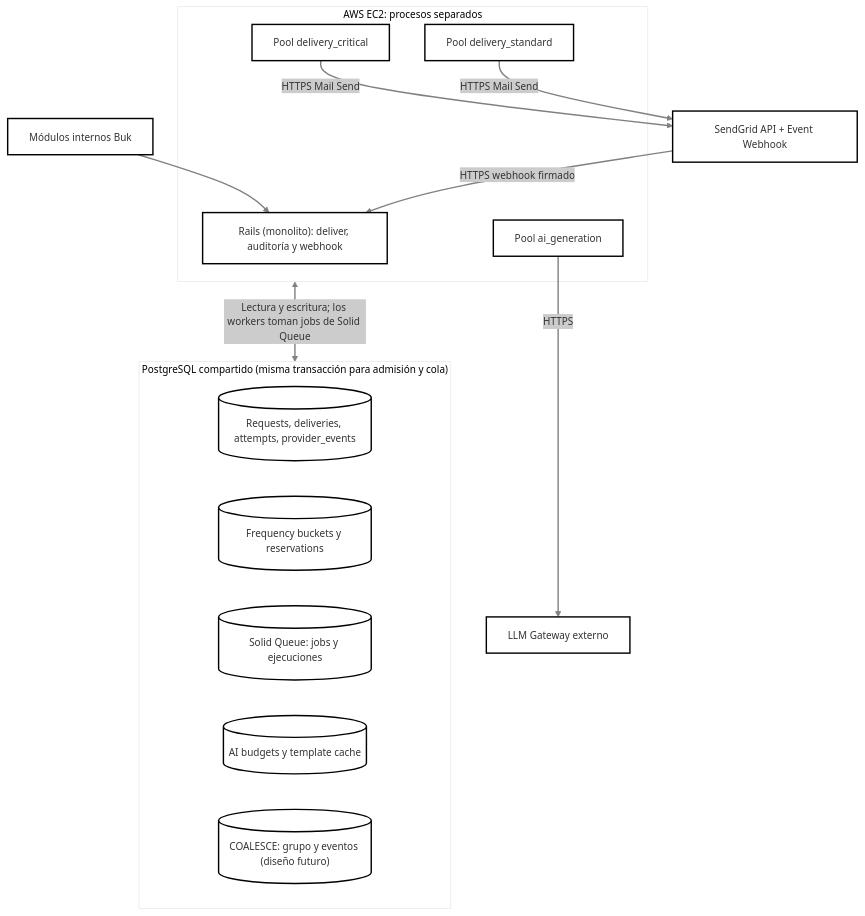
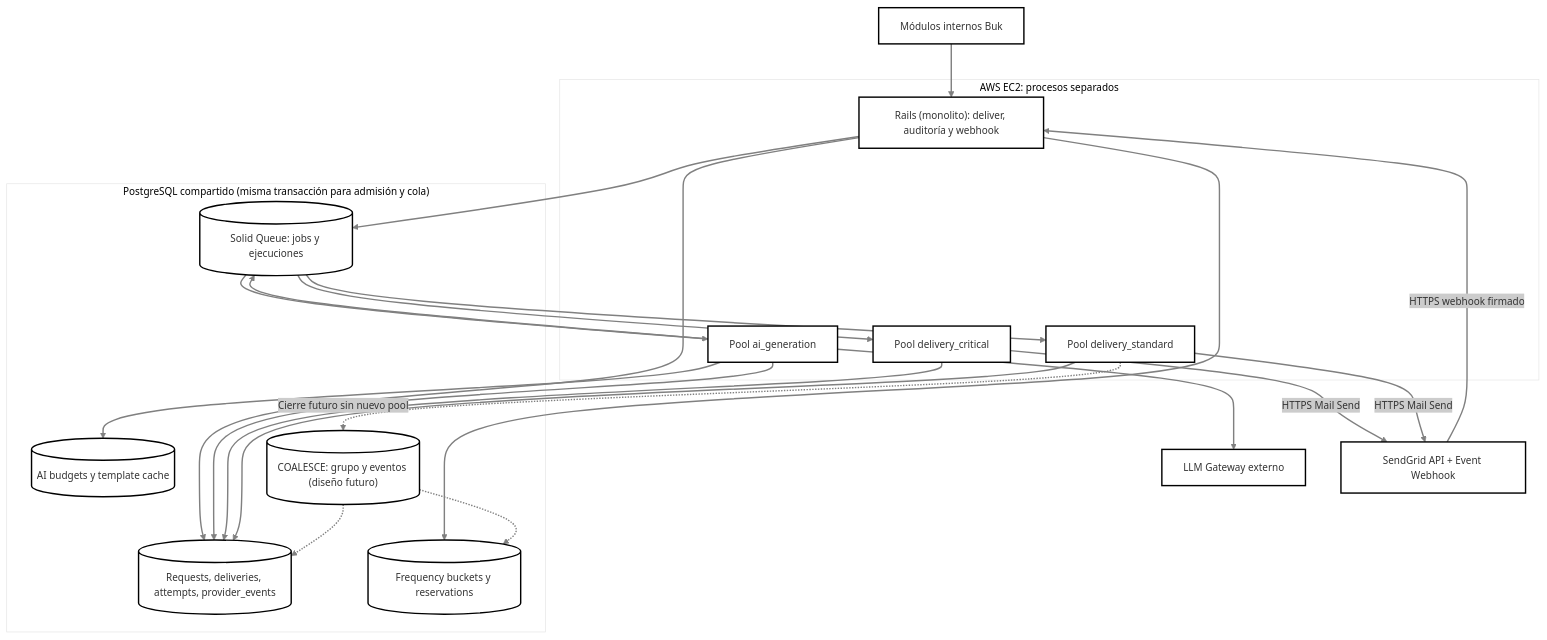
One commit to natha9404/codespaces-rails changed the diagram in app/assets/images/infraestructura.mmd. Above: the diagram before and after it, drawn with Mermaid.

Commit message:
Restaurar el detalle de flechas del diagrama 2.c
Se recuperan las conexiones originales entre Rails, workers y tablas,
conservando las etiquetas nuevas (monolito y misma transacción).

Claude-Session: https://claude.ai/code/session_01EN15Zt4eD2KFyRUn3HFGET

```diff
--- a/app/assets/images/infraestructura.mmd
+++ b/app/assets/images/infraestructura.mmd
@@ -1,29 +1,42 @@
 ---
 config:
   theme: neo
 ---
 flowchart TB
   Modules["Módulos internos Buk"]
   subgraph EC2["AWS EC2: procesos separados"]
     Web["Rails (monolito): deliver, auditoría y webhook"]
     AI["Pool ai_generation"]
     Critical["Pool delivery_critical"]
     Standard["Pool delivery_standard"]
   end
   subgraph PG["PostgreSQL compartido (misma transacción para admisión y cola)"]
     Business[("Requests, deliveries, attempts, provider_events")]
     Freq[("Frequency buckets y reservations")]
     SQ[("Solid Queue: jobs y ejecuciones")]
     AIData[("AI budgets y template cache")]
     Future[("COALESCE: grupo y eventos (diseño futuro)")]
   end
   LLM["LLM Gateway externo"]
   SG["SendGrid API + Event Webhook"]
   Modules --> Web
-  EC2 <-->|"Lectura y escritura; los workers toman jobs de Solid Queue"| PG
-  AI -->|"HTTPS"| LLM
+  Web --> Business
+  Web --> Freq
+  Web --> SQ
+  SQ --> AI
+  SQ --> Critical
+  SQ --> Standard
+  AI --> LLM
+  AI --> AIData
+  AI --> Business
+  AI --> SQ
+  Critical --> Business
+  Standard --> Business
   Critical -->|"HTTPS Mail Send"| SG
   Standard -->|"HTTPS Mail Send"| SG
   SG -->|"HTTPS webhook firmado"| Web
+  Standard -.->|"Cierre futuro sin nuevo pool"| Future
+  Future -.-> Business
+  Future -.-> Freq
 
         linkStyle default stroke:#808080
```
